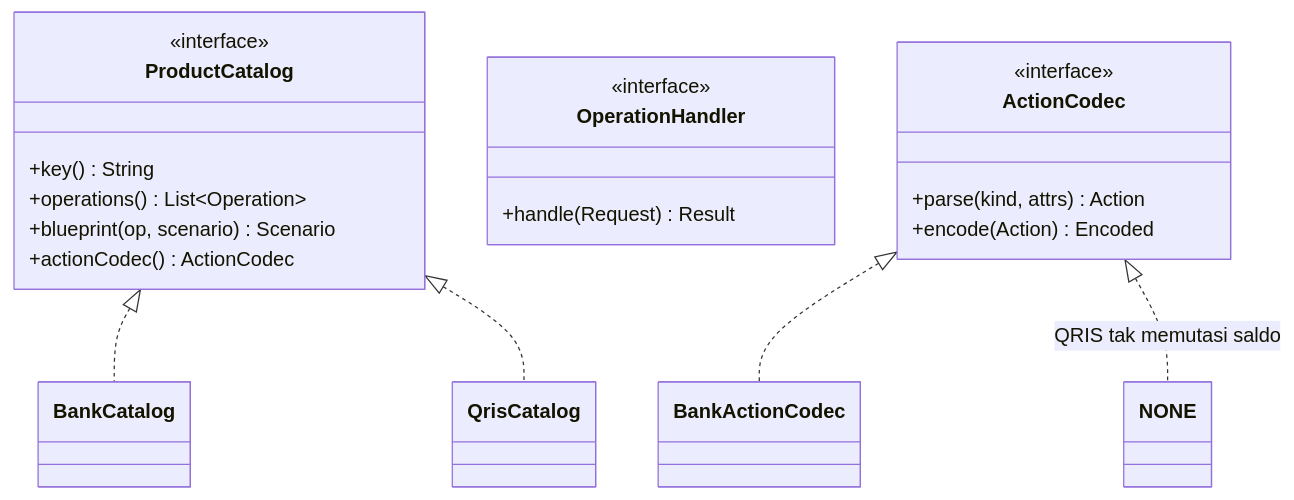
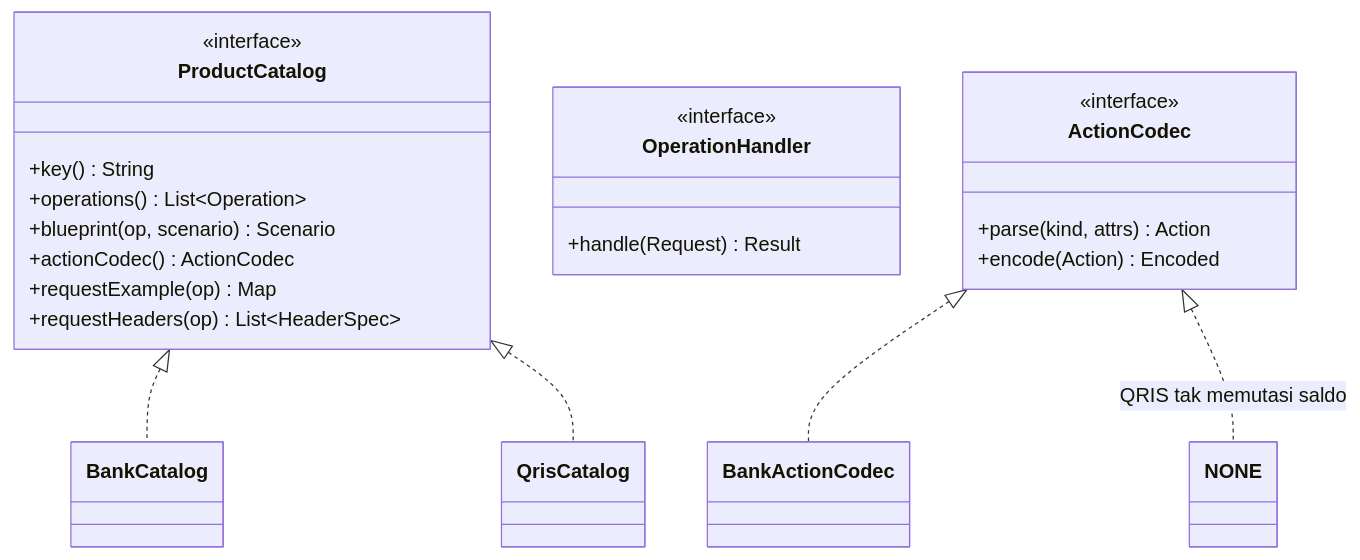
One commit to agussuhardi-dev/Behavio changed the second of 8 diagrams in docs/architecture.md. Above: the diagram before and after it, drawn with Mermaid. The commit also changed other lines of this file and 37 other files, not shown here.

````diff
--- a/docs/architecture.md
+++ b/docs/architecture.md
@@ -92,23 +92,25 @@
 ```mermaid
 classDiagram
     class ProductCatalog {
         <<interface>>
         +key() String
         +operations() List~Operation~
         +blueprint(op, scenario) Scenario
         +actionCodec() ActionCodec
+        +requestExample(op) Map
+        +requestHeaders(op) List~HeaderSpec~
     }
     class OperationHandler {
         <<interface>>
         +handle(Request) Result
     }
     class ActionCodec {
         <<interface>>
         +parse(kind, attrs) Action
         +encode(Action) Encoded
     }
     ProductCatalog <|.. BankCatalog
     ProductCatalog <|.. QrisCatalog
     ActionCodec <|.. BankActionCodec
     ActionCodec <|.. NONE : QRIS tak memutasi saldo
 ```
````
